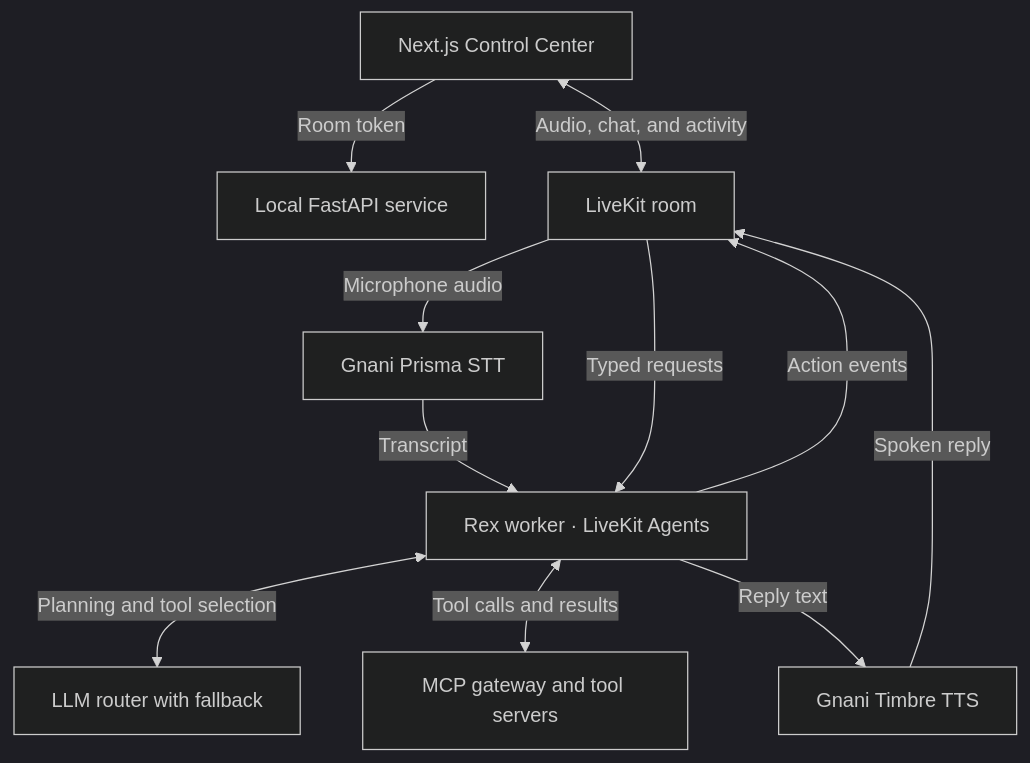
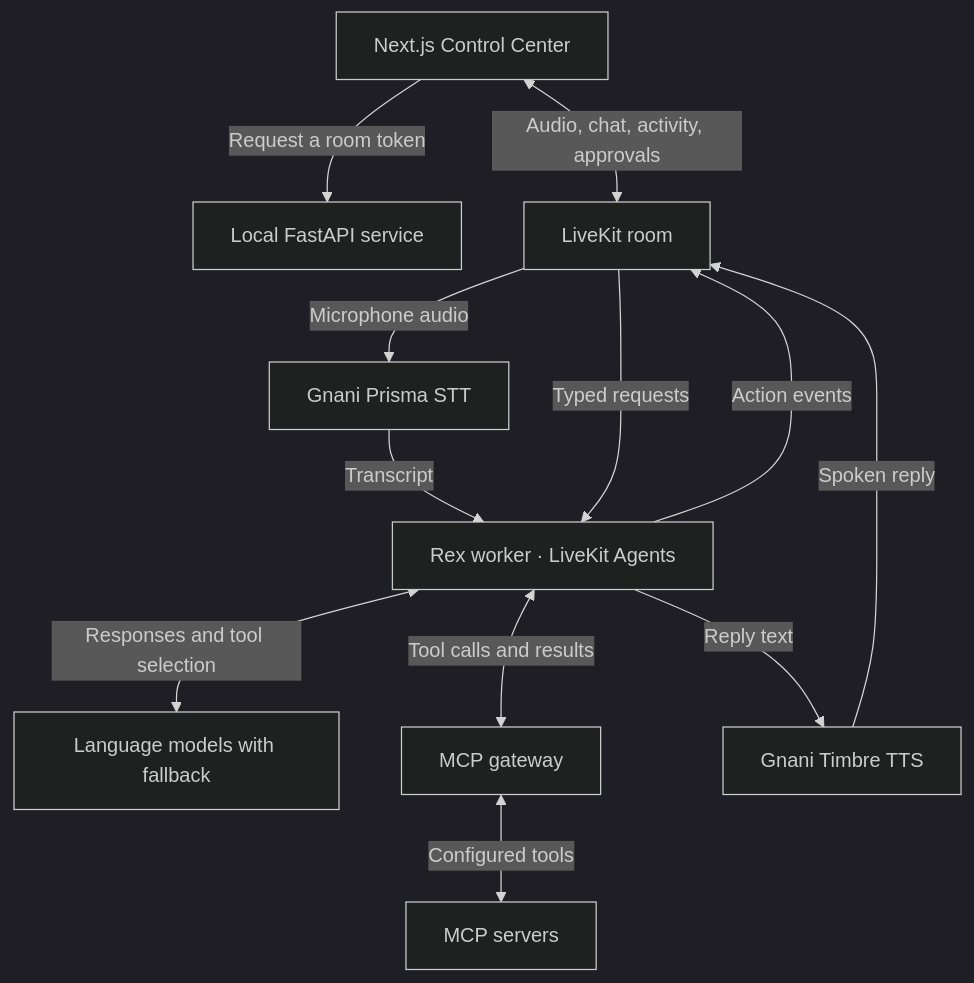
One commit to Joohhnnyyy/Rex changed the diagram in README.md. Above: the diagram before and after it, drawn with Mermaid (dark theme). The commit also changed other lines of this file, not shown here.

Commit message:
docs: expand Rex workflow and architecture guide

````diff
--- a/README.md
+++ b/README.md
@@ -21,13 +37,14 @@
 ```mermaid
 flowchart TD
-    Web["Next.js Control Center"] -->|Room token| API["Local FastAPI service"]
-    Web <-->|Audio, chat, and activity| Room["LiveKit room"]
+    Web["Next.js Control Center"] -->|Request a room token| API["Local FastAPI service"]
+    Web <-->|Audio, chat, activity, approvals| Room["LiveKit room"]
     Room -->|Microphone audio| STT["Gnani Prisma STT"]
     STT -->|Transcript| Worker["Rex worker · LiveKit Agents"]
     Room -->|Typed requests| Worker
-    Worker <-->|Planning and tool selection| Models["LLM router with fallback"]
-    Worker <-->|Tool calls and results| MCP["MCP gateway and tool servers"]
+    Worker <-->|Responses and tool selection| Models["Language models with fallback"]
+    Worker <-->|Tool calls and results| Gateway["MCP gateway"]
+    Gateway <-->|Configured tools| Servers["MCP servers"]
     Worker -->|Reply text| TTS["Gnani Timbre TTS"]
     TTS -->|Spoken reply| Room
     Worker -->|Action events| Room
 ```
````
